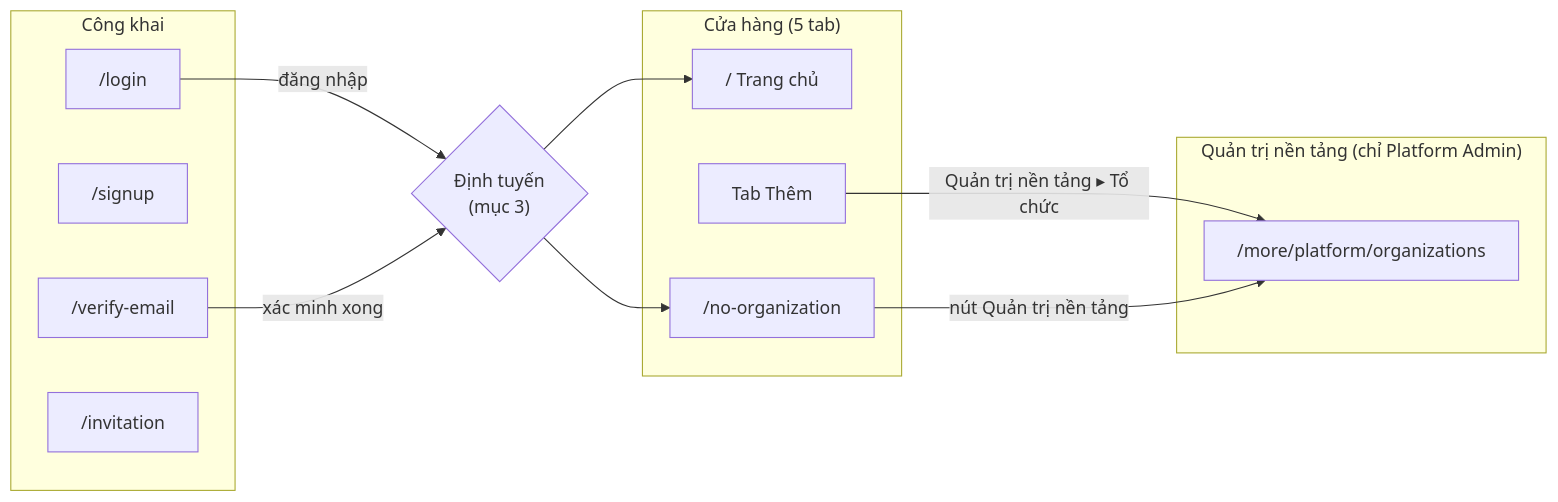
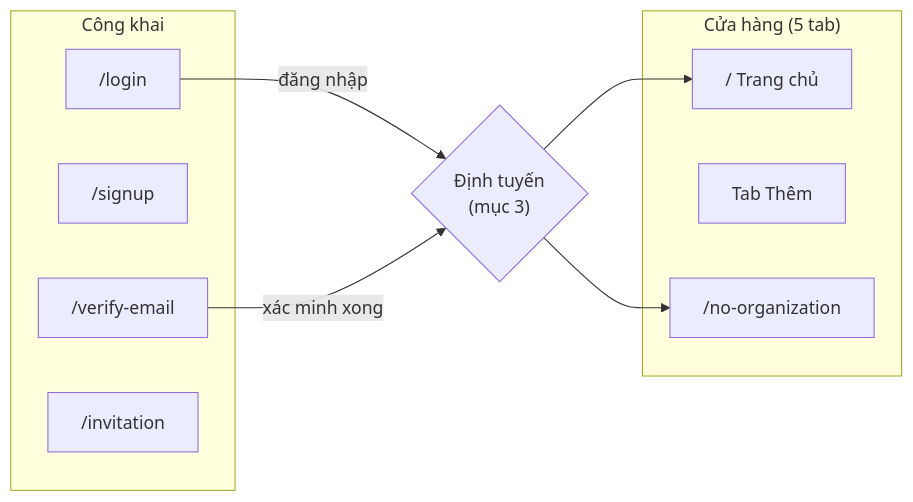
Before and after one commit to DsChien102/erp-sales-inventory: the first of 4 diagrams in docs/02-yeu-cau/LUONG-UNG-DUNG.md, drawn with Mermaid. The commit also changed other lines of this file and 148 other files, not shown here.

Commit message:
refactor(iam): remove platform admin role and tenant/account blocked states (3-E)

````diff
--- a/docs/02-yeu-cau/LUONG-UNG-DUNG.md
+++ b/docs/02-yeu-cau/LUONG-UNG-DUNG.md
@@ -23,23 +22,18 @@
 ```mermaid
 flowchart LR
   subgraph PUB["Công khai"]
     L["/login"]
     S["/signup"]
     V["/verify-email"]
     I["/invitation"]
   end
   subgraph STORE["Cửa hàng (5 tab)"]
     H["/ Trang chủ"]
     M["Tab Thêm"]
     N["/no-organization"]
   end
-  subgraph PLAT["Quản trị nền tảng (chỉ Platform Admin)"]
-    O["/more/platform/organizations"]
-  end
   L -->|"đăng nhập"| ROUTE{"Định tuyến<br/>(mục 3)"}
   V -->|"xác minh xong"| ROUTE
   ROUTE --> H
   ROUTE --> N
-  M -->|"Quản trị nền tảng ▸ Tổ chức"| O
-  N -->|"nút Quản trị nền tảng"| O
 ```
````
